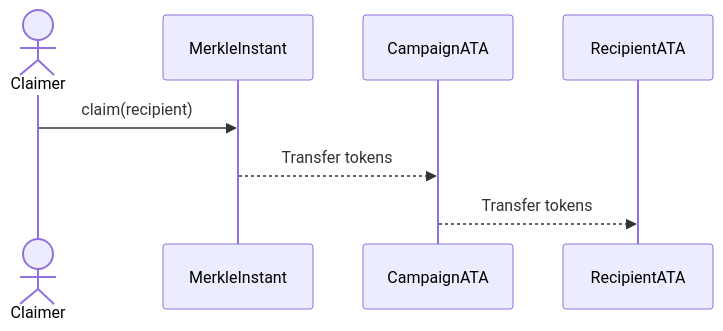
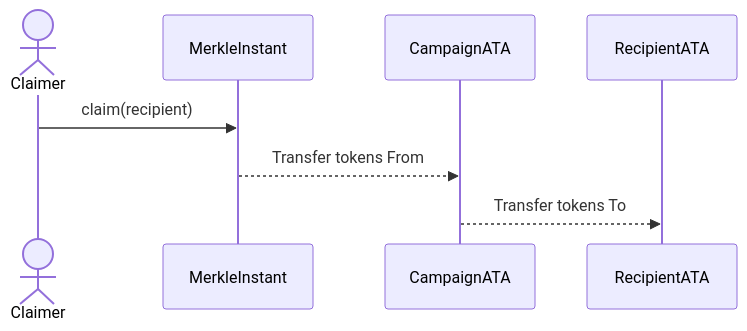
Before and after one commit to sablier-labs/docs: the seventh of 8 diagrams in docs/solana/accounts-architecture/02-merkle-instant.md, drawn with Mermaid. The commit also changed other lines of this file and 3 other files, not shown here.

````diff
--- a/docs/solana/accounts-architecture/02-merkle-instant.md
+++ b/docs/solana/accounts-architecture/02-merkle-instant.md
@@ -102,8 +102,8 @@
 ```mermaid
 sequenceDiagram
     actor Claimer
 
     Claimer->>MerkleInstant: claim(recipient)
-    MerkleInstant -->> CampaignATA: Transfer tokens
-    CampaignATA -->> RecipientATA: Transfer tokens
+    MerkleInstant -->> CampaignATA: Transfer tokens From
+    CampaignATA -->> RecipientATA: Transfer tokens To
 ```
````
